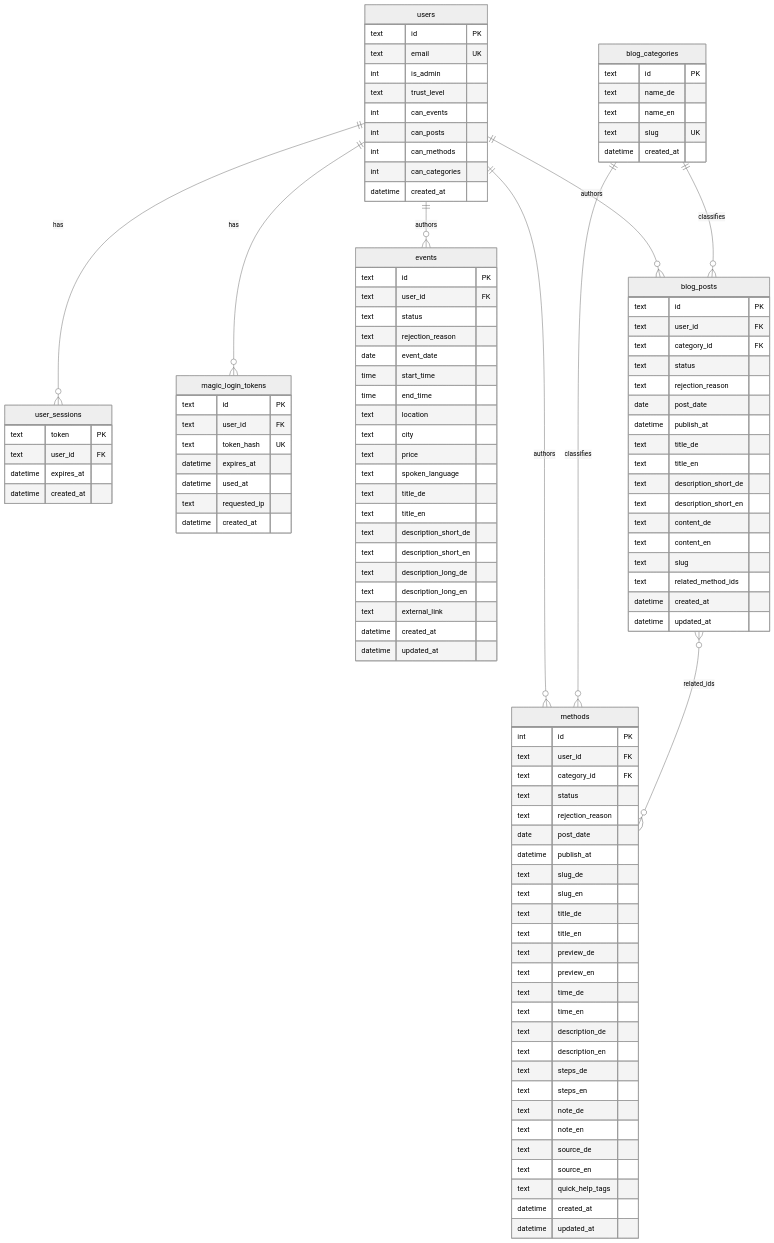
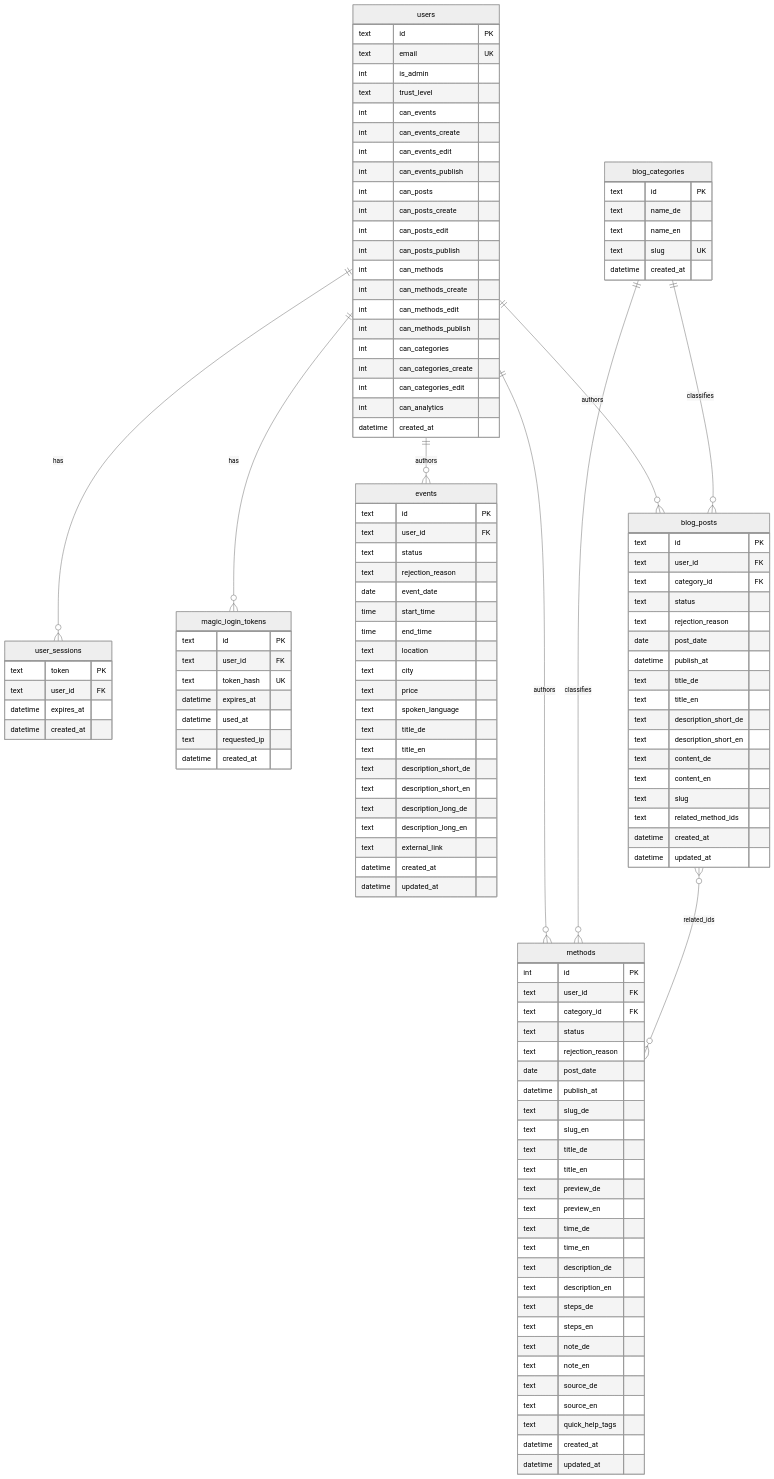
The fourth of 5 diagrams in docs/architecture.md (lucas-winter-berlin/OpenPractice-Showcase), drawn with Mermaid (neutral theme) before and after one commit. The commit also changed other lines of this file and 6 other files, not shown here.

```diff
--- a/docs/architecture.md
+++ b/docs/architecture.md
@@ -132,9 +146,21 @@
     int is_admin
     text trust_level
     int can_events
+    int can_events_create
+    int can_events_edit
+    int can_events_publish
     int can_posts
+    int can_posts_create
+    int can_posts_edit
+    int can_posts_publish
     int can_methods
+    int can_methods_create
+    int can_methods_edit
+    int can_methods_publish
     int can_categories
+    int can_categories_create
+    int can_categories_edit
+    int can_analytics
     datetime created_at
   }
 
```
